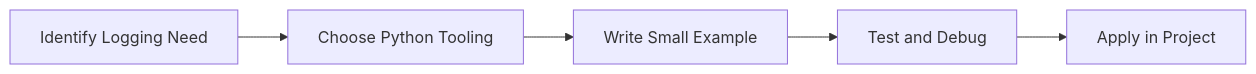
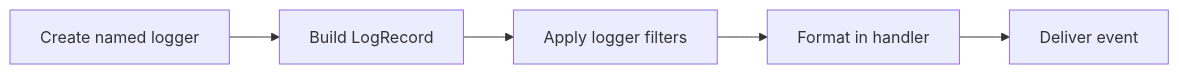
Before and after one commit to SYMOIZ/E-Learning-Portal: the diagram in Python-Mastery/Intermediate/18-logging.md, drawn with Mermaid. The commit also changed other lines of this file and 116 other files, not shown here.

````diff
--- a/Python-Mastery/Intermediate/18-logging.md
+++ b/Python-Mastery/Intermediate/18-logging.md
@@ -132,7 +155,7 @@
 ```mermaid
 flowchart LR
-    A[Identify Logging Need] --> B[Choose Python Tooling]
-    B --> C[Write Small Example]
-    C --> D[Test and Debug]
-    D --> E[Apply in Project]
+    A[Create named logger] --> B[Build LogRecord]
+    B --> C[Apply logger filters]
+    C --> D[Format in handler]
+    D --> E[Deliver event]
 ```
````
